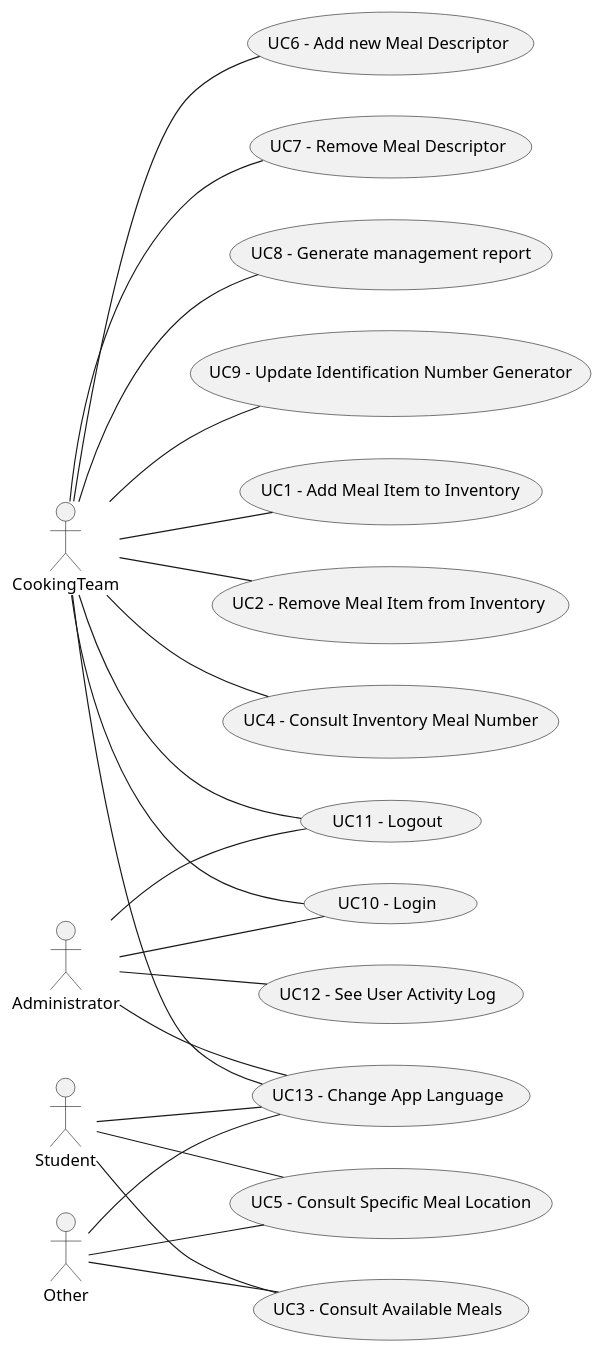
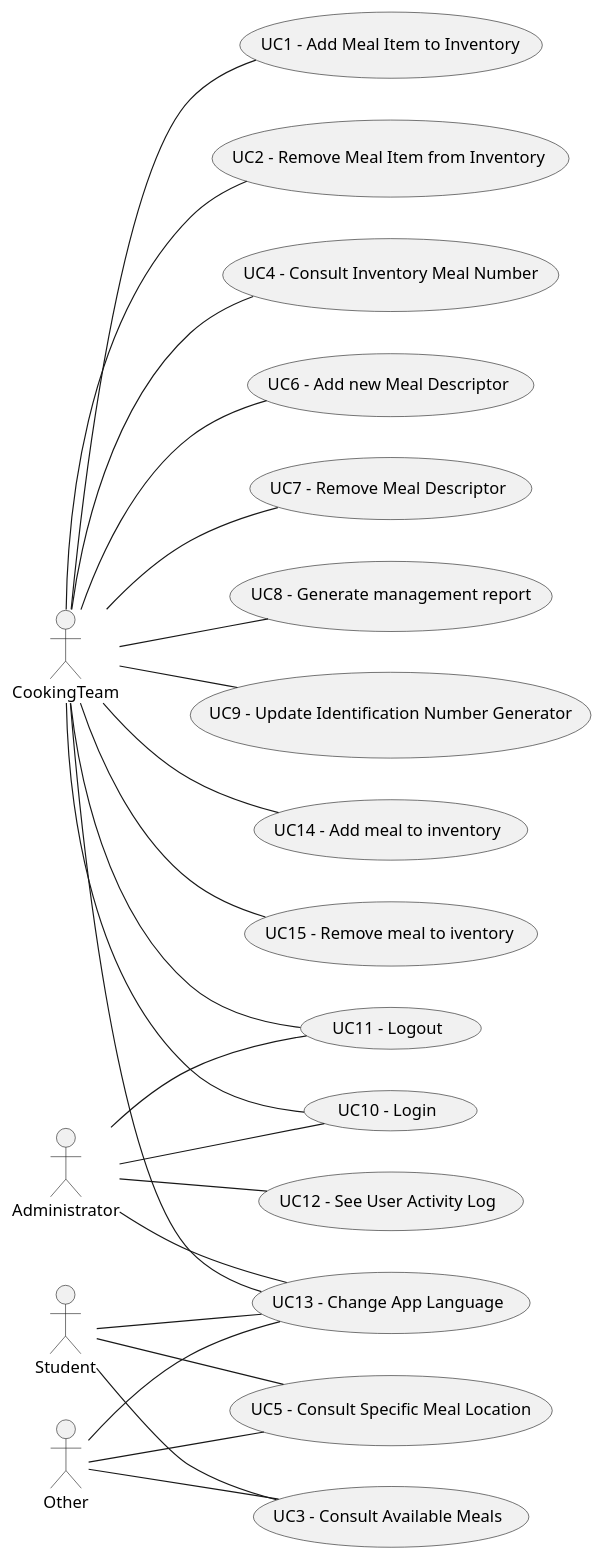
Before and after one commit to PeFerreira98/ARQSOFT_2019: the diagram in P1/ADD/UseCaseDiagram.puml, drawn with PlantUML.

Commit message:
add UC14 and UC15

```diff
--- a/P1/ADD/UseCaseDiagram.puml
+++ b/P1/ADD/UseCaseDiagram.puml
@@ -1,81 +1,93 @@
 @startuml UseCaseDiagram
 left to right direction
 
 actor Administrator
 actor CookingTeam
 actor Student
 actor Other
 
 usecase UC1 [
     UC1 - Add Meal Item to Inventory
 ]
 usecase UC2 [ 
     UC2 - Remove Meal Item from Inventory 
 ]
 usecase UC3 [ 
     UC3 - Consult Available Meals
 ]
 usecase UC4 [ 
     UC4 - Consult Inventory Meal Number
 ]
 usecase UC5 [ 
     UC5 - Consult Specific Meal Location
 ]
 usecase UC6 [ 
     UC6 - Add new Meal Descriptor
 ]
 usecase UC7 [ 
     UC7 - Remove Meal Descriptor
 ]
 usecase UC8 [ 
     UC8 - Generate management report
 ]
 usecase UC9 [ 
     UC9 - Update Identification Number Generator
 ]
 usecase UC10 [ 
     UC10 - Login
 ]
 usecase UC11 [ 
     UC11 - Logout
 ]
 usecase UC12 [
     UC12 - See User Activity Log
 ]
 usecase UC13 [
     UC13 - Change App Language
 ]
+usecase UC14 [
+    UC14 - Add meal to inventory
+]
+
+usecase UC15 [
+    UC15 - Remove meal to iventory
+]
+
 
 CookingTeam -- UC1
 
 CookingTeam -- UC2
 
 Student -- UC3
 Other -- UC3
 
 CookingTeam -- UC4
 
 Student -- UC5
 Other -- UC5
 
 CookingTeam -- UC6
 
 CookingTeam -- UC7
 
 CookingTeam -- UC8
 
 CookingTeam -- UC9
 
+CookingTeam -- UC14
+
+CookingTeam -- UC15
+
 Administrator -- UC10
 CookingTeam -- UC10
 
 Administrator -- UC11
 CookingTeam -- UC11
 
 Administrator -- UC12
 
 Administrator -- UC13
 CookingTeam -- UC13
 Student -- UC13
 Other -- UC13
 @enduml
```
